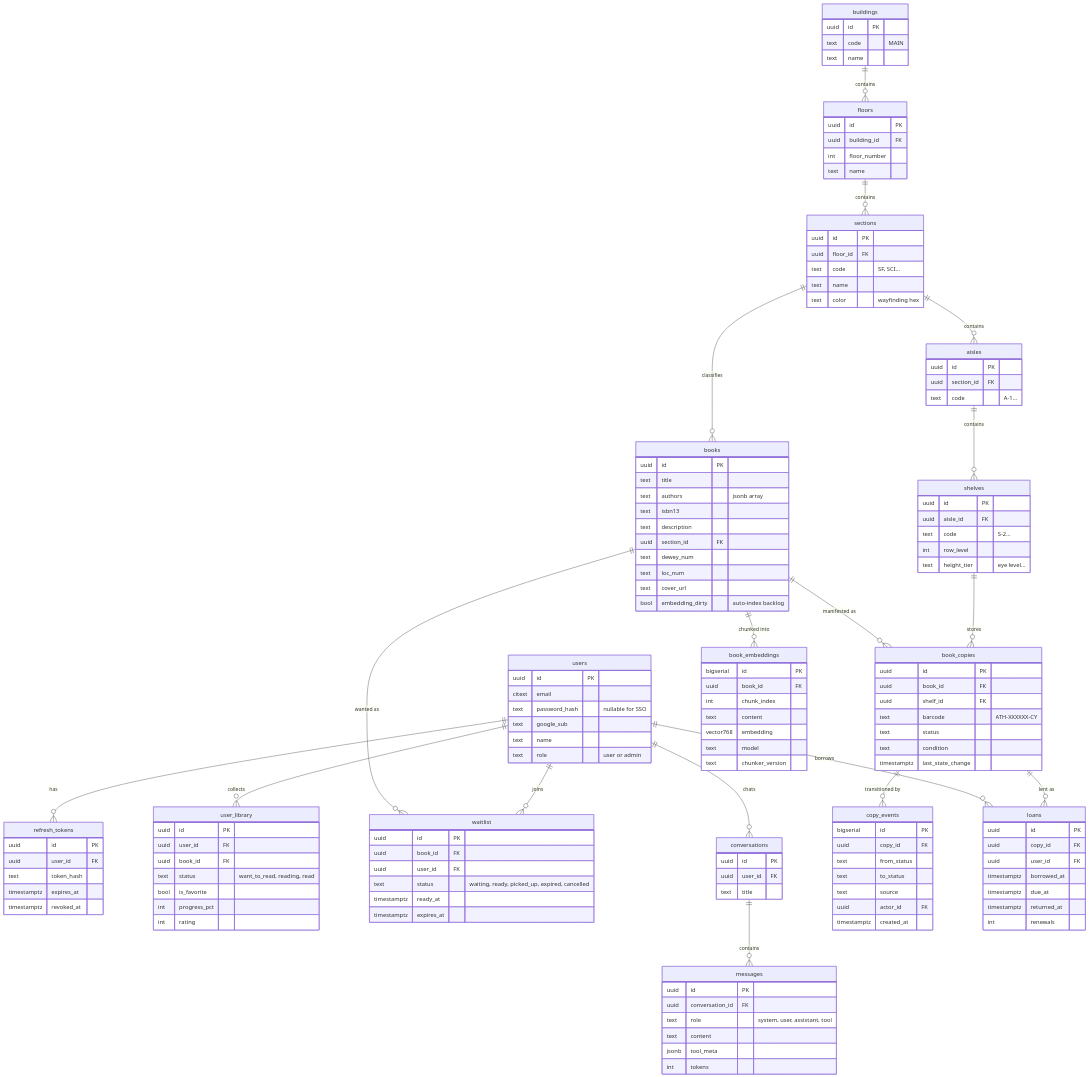
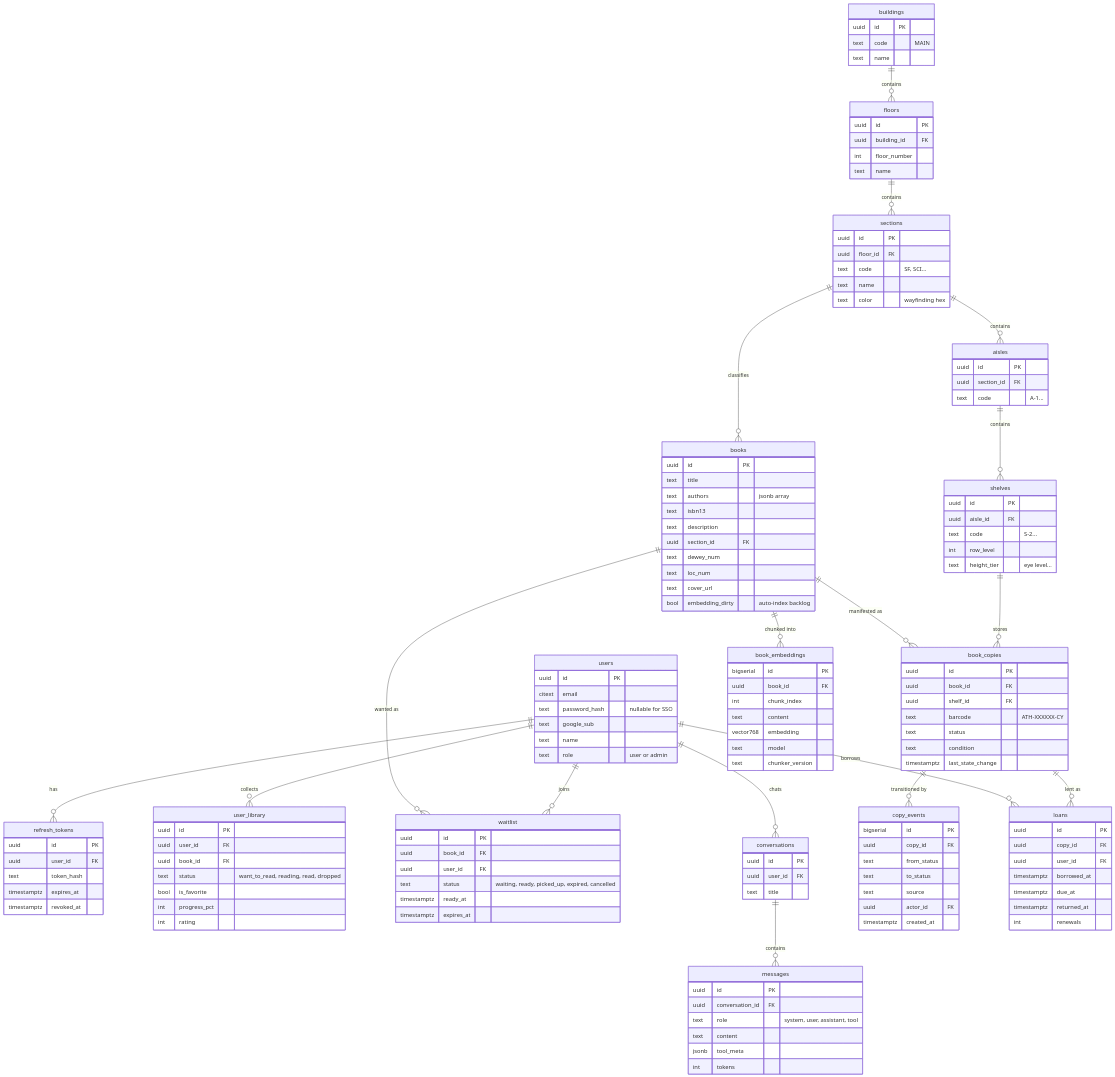
The diagram in docs/02-data-model.md (cattyman919/athenaeum), drawn with Mermaid before and after one commit. The commit also changed other lines of this file and 13 other files, not shown here.

```diff
--- a/docs/02-data-model.md
+++ b/docs/02-data-model.md
@@ -150,7 +150,7 @@
         uuid id PK
         uuid user_id FK
         uuid book_id FK
-        text status "want_to_read, reading, read"
+        text status "want_to_read, reading, read, dropped"
         bool is_favorite
         int progress_pct
         int rating
```
